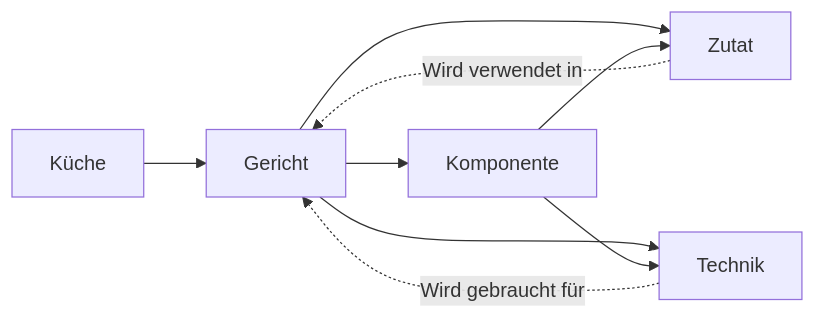
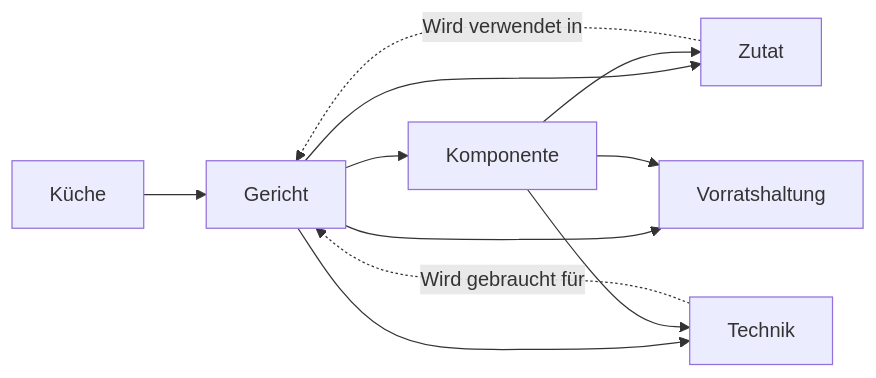
The diagram in bundles/rezepte/overview.md (saschb2b/okf-bundles), drawn with Mermaid before and after one commit. The commit also changed other lines of this file and 35 other files, not shown here.

````diff
--- a/bundles/rezepte/overview.md
+++ b/bundles/rezepte/overview.md
@@ -30,11 +32,13 @@
 ```mermaid
 flowchart LR
   G[Gericht] --> K[Komponente]
   G --> Z[Zutat]
   K --> Z
   G --> T[Technik]
   K --> T
   Z -. "Wird verwendet in" .-> G
   T -. "Wird gebraucht für" .-> G
   KU[Küche] --> G
+  G --> V[Vorratshaltung]
+  K --> V
 ```
````
